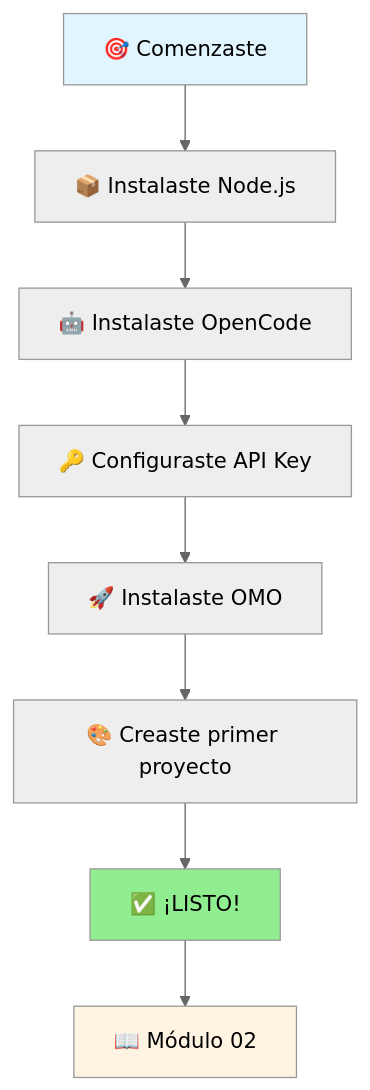
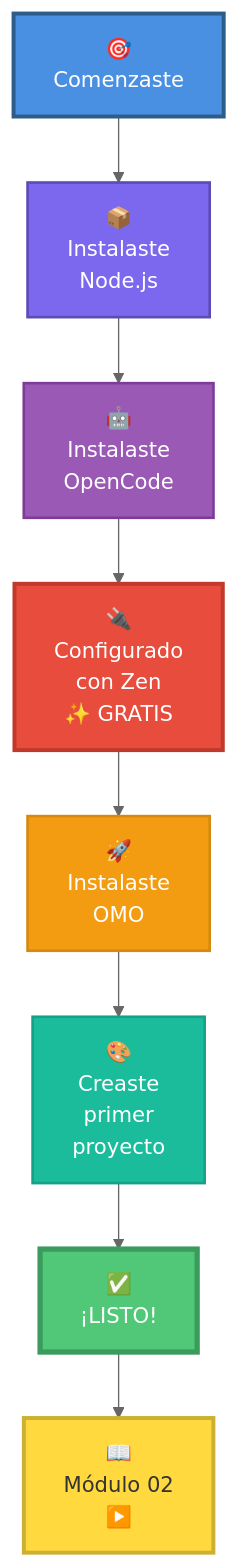
Before and after one commit to Ai-Whisperers/Courses-Content: diagram 12 of 12 in courses/🟡-development/FPUNA-2026/00-FUNDAMENTOS-PRINCIPALES/01-configuracion-stack-ia.md, drawn with Mermaid (neutral theme). The commit also changed other lines of this file, not shown here.

First line of the commit message:
Replace Claude/Anthropic with OpenCode+Zen and improve all Mermaid diagrams

````diff
--- a/courses/🟡-development/FPUNA-2026/00-FUNDAMENTOS-PRINCIPALES/01-configuracion-stack-ia.md
+++ b/courses/🟡-development/FPUNA-2026/00-FUNDAMENTOS-PRINCIPALES/01-configuracion-stack-ia.md
@@ -851,15 +893,20 @@
 ```mermaid
 graph TD
-    A[🎯 Comenzaste] --> B[📦 Instalaste Node.js]
-    B --> C[🤖 Instalaste OpenCode]
-    C --> D[🔑 Configuraste API Key]
-    D --> E[🚀 Instalaste OMO]
-    E --> F[🎨 Creaste primer proyecto]
-    F --> G[✅ ¡LISTO!]
+    A["🎯<br/>Comenzaste"] --> B["📦<br/>Instalaste<br/>Node.js"]
+    B --> C["🤖<br/>Instalaste<br/>OpenCode"]
+    C --> D["🔌<br/>Configurado<br/>con Zen<br/>✨ GRATIS"]
+    D --> E["🚀<br/>Instalaste<br/>OMO"]
+    E --> F["🎨<br/>Creaste<br/>primer<br/>proyecto"]
+    F --> G["✅<br/>¡LISTO!"]
     
-    G --> H[📖 Módulo 02]
+    G --> H["📖<br/>Módulo 02<br/>▶️"]
     
-    style A fill:#e1f5ff
-    style G fill:#90EE90
-    style H fill:#fff4e1
+    style A fill:#4A90E2,stroke:#2E5C8A,stroke-width:3px,color:#fff
+    style B fill:#7B68EE,stroke:#5A4BB5,stroke-width:2px,color:#fff
+    style C fill:#9B59B6,stroke:#7D3C98,stroke-width:2px,color:#fff
+    style D fill:#E74C3C,stroke:#C0392B,stroke-width:3px,color:#fff
+    style E fill:#F39C12,stroke:#D68910,stroke-width:2px,color:#fff
+    style F fill:#1ABC9C,stroke:#16A085,stroke-width:2px,color:#fff
+    style G fill:#50C878,stroke:#3A9B5C,stroke-width:4px,color:#fff
+    style H fill:#FFD93D,stroke:#CCB031,stroke-width:3px,color:#333
 ```
````
